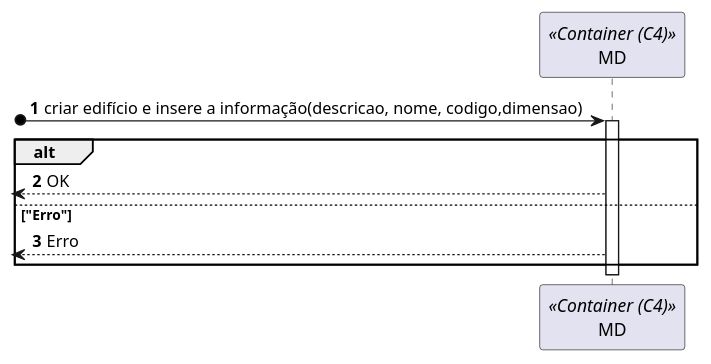
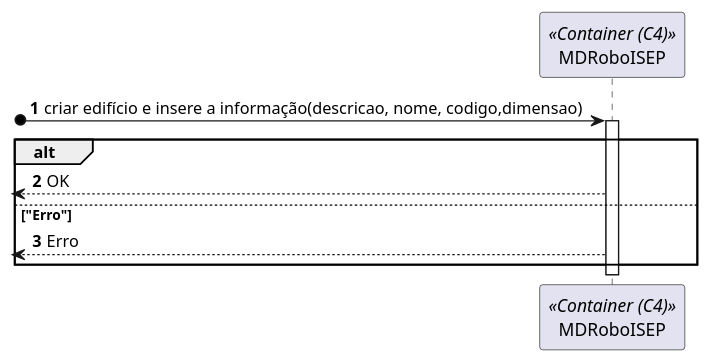
One commit to SEM5PI2324G58/sem5pi_g58_23_24 changed the diagram in docs/Sprint_A/US_150/N2/VP.plantuml. Above: the diagram before and after it, drawn with PlantUML. The commit also changed 3 other files, not shown here.

```diff
--- a/docs/Sprint_A/US_150/N2/VP.plantuml
+++ b/docs/Sprint_A/US_150/N2/VP.plantuml
@@ -1,11 +1,11 @@
 autonumber
 
-participant MD as md <<Container (C4)>>
+participant MDRoboISEP as md <<Container (C4)>>
 
 [o-> md: criar edifício e insere a informação(descricao, nome, codigo,dimensao)
 activate md
 alt
 <-- md: OK
 else "Erro"
 <-- md: Erro
 end alt
```
